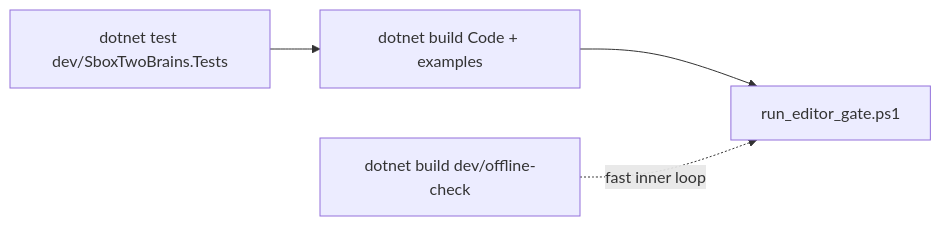
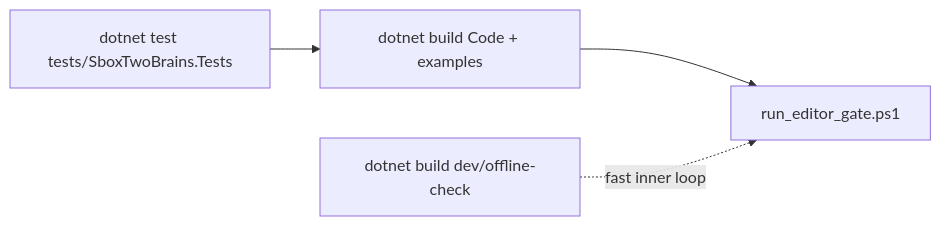
One commit to zeljkovranjes/sbox-two-brain-director changed the diagram in dev/editor-rig/README.md. Above: the diagram before and after it, drawn with Mermaid. The commit also changed 273 other files, not shown here.

First line of the commit message:
Restructure into the workspace clean architecture

````diff
--- a/dev/editor-rig/README.md
+++ b/dev/editor-rig/README.md
@@ -90,6 +90,6 @@
 ```mermaid
 flowchart LR
-  A[dotnet test dev/SboxTwoBrains.Tests] --> B[dotnet build Code + examples]
+  A[dotnet test tests/SboxTwoBrains.Tests] --> B[dotnet build Code + examples]
   B --> C[run_editor_gate.ps1]
   D[dotnet build dev/offline-check] -.fast inner loop.-> C
 ```
````
